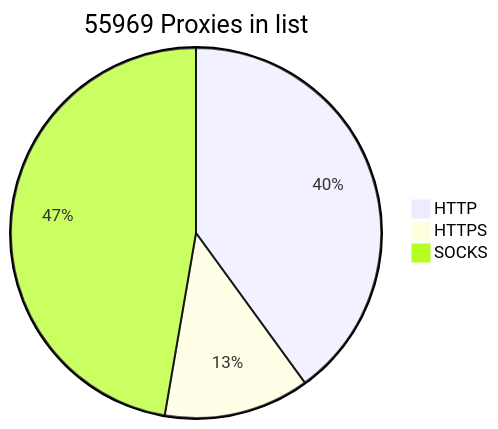
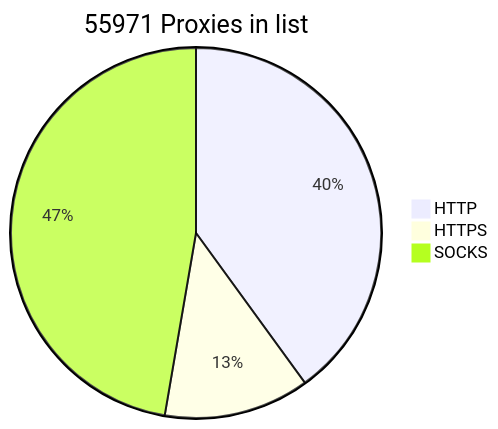
The diagram in README.md (BlackSnowDot/proxylist-update-every-minute), drawn with Mermaid before and after one commit.

````diff
--- a/README.md
+++ b/README.md
@@ -2,6 +2,6 @@
 ```mermaid
-pie title 55969 Proxies in list
+pie title 55971 Proxies in list
     "HTTP" : 25092
     "HTTPS": 7975
-    "SOCKS" : 29670
+    "SOCKS" : 29672
 ```
````
